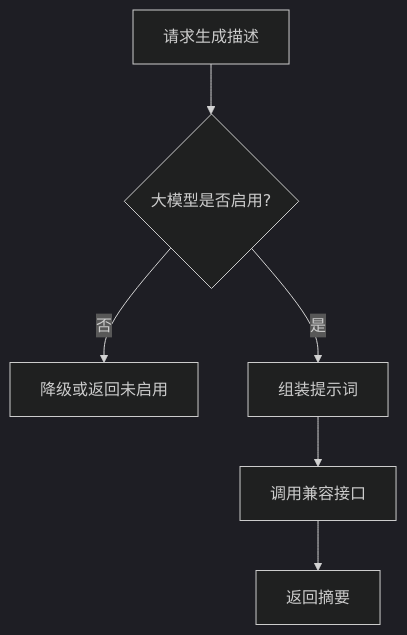
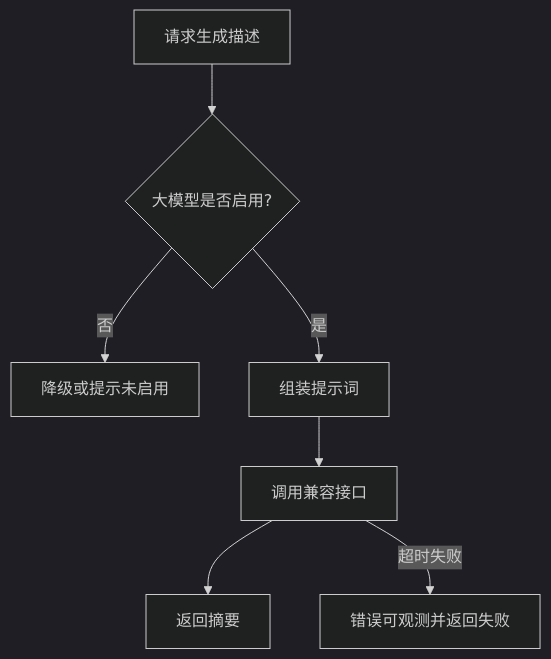
The diagram in docs/modules/10-大模型与RAG模块.md (bitladykiller/zhiguang_go), drawn with Mermaid (dark theme) before and after one commit. The commit also changed other lines of this file and 13 other files, not shown here.

````diff
--- a/docs/modules/10-大模型与RAG模块.md
+++ b/docs/modules/10-大模型与RAG模块.md
@@ -190,8 +18,9 @@
 ```mermaid
 flowchart TD
     A[请求生成描述] --> B{大模型是否启用?}
-    B -->|否| C[降级或返回未启用]
+    B -->|否| C[降级或提示未启用]
     B -->|是| D[组装提示词]
     D --> E[调用兼容接口]
     E --> F[返回摘要]
+    E -->|超时失败| G[错误可观测并返回失败]
 ```
````
